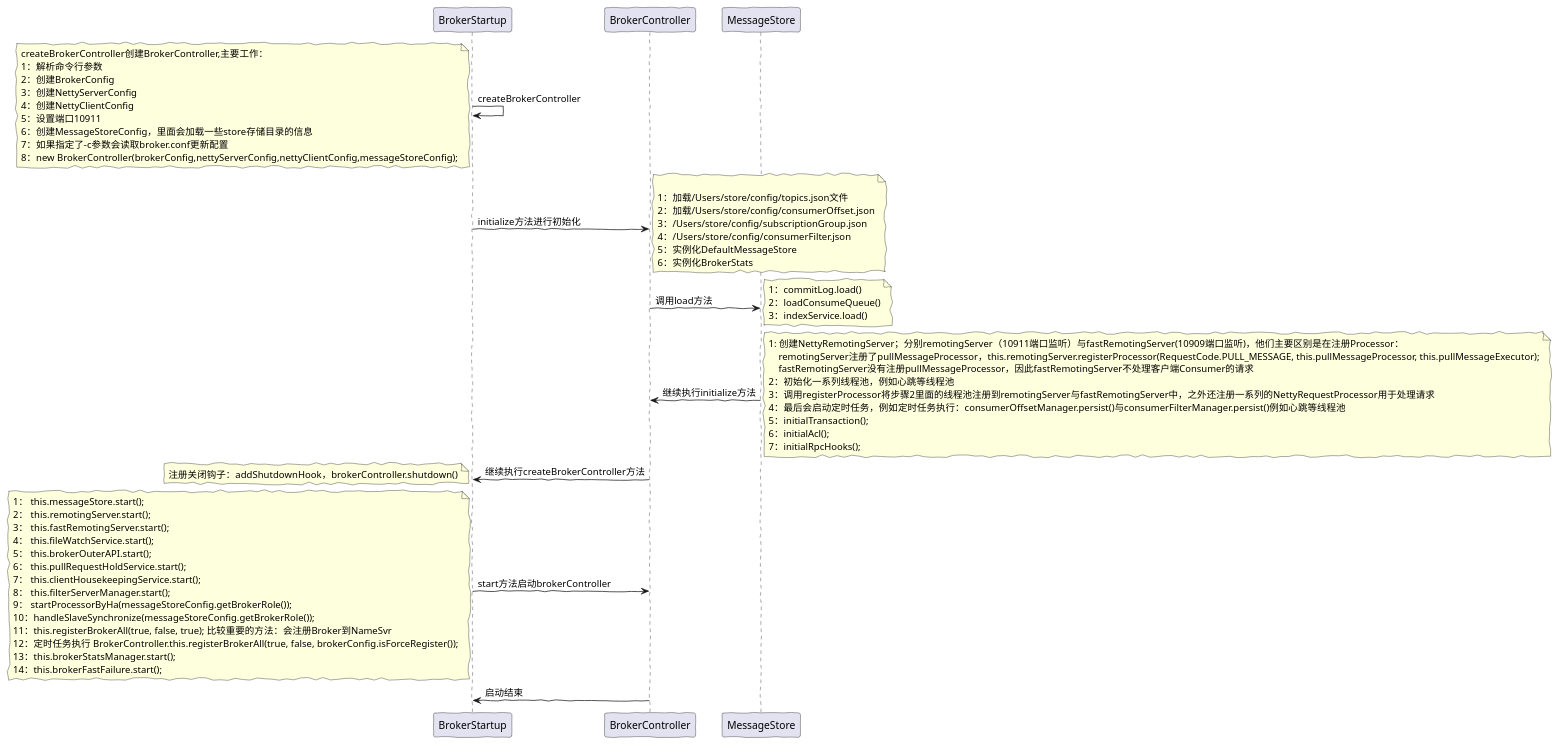
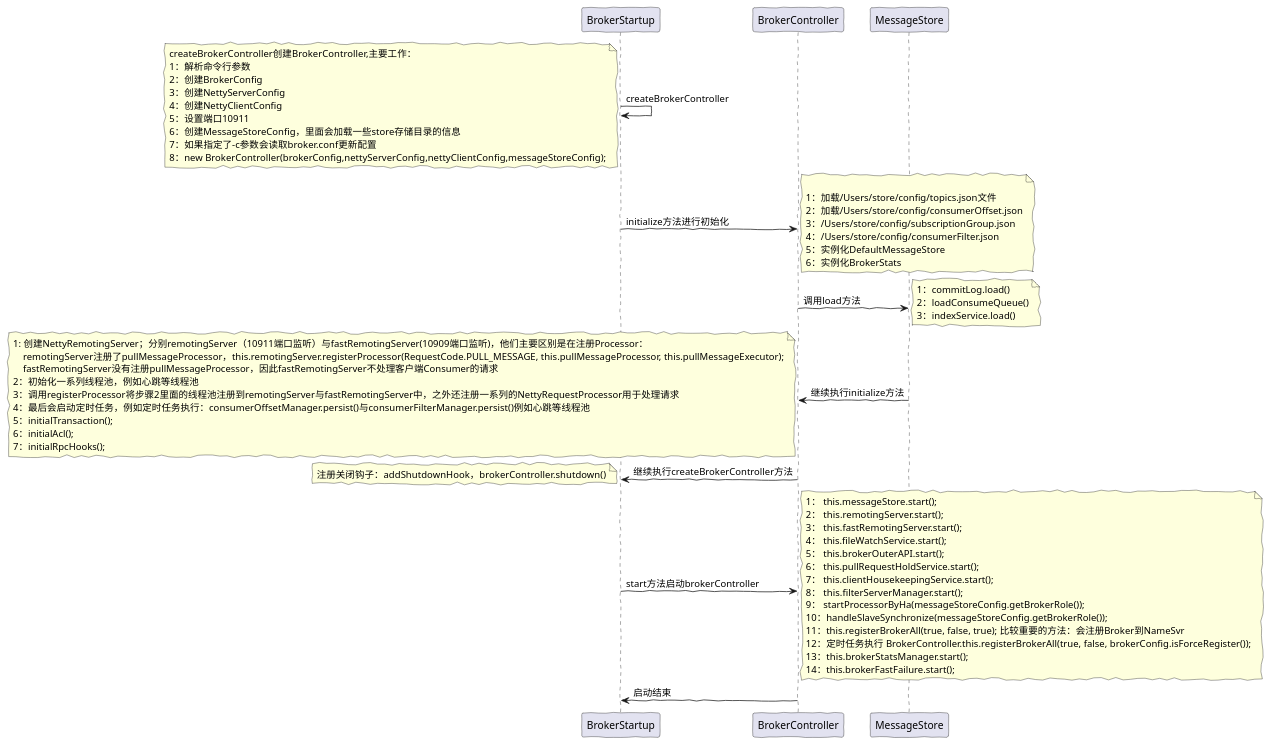
Before and after one commit to javartisan/rocketmq: the diagram in broker/uml/broker.puml, drawn with PlantUML. The commit also changed 2 other files, not shown here.

```diff
--- a/broker/uml/broker.puml
+++ b/broker/uml/broker.puml
@@ -1,74 +1,74 @@
 @startuml
 'https://plantuml.com/sequence-diagram
 
 skinparam handwritten true
 
 BrokerStartup -> BrokerStartup : createBrokerController
 note left
 createBrokerController创建BrokerController,主要工作：
 1：解析命令行参数
 2：创建BrokerConfig
 3：创建NettyServerConfig
 4：创建NettyClientConfig
 5：设置端口10911
 6：创建MessageStoreConfig，里面会加载一些store存储目录的信息
 7：如果指定了-c参数会读取broker.conf更新配置
 8：new BrokerController(brokerConfig,nettyServerConfig,nettyClientConfig,messageStoreConfig);
 end note
 BrokerStartup -> BrokerController :initialize方法进行初始化
 note right
 
 1：加载/Users/store/config/topics.json文件
 2：加载/Users/store/config/consumerOffset.json
 3：/Users/store/config/subscriptionGroup.json
 4：/Users/store/config/consumerFilter.json
 5：实例化DefaultMessageStore
 6：实例化BrokerStats
 end note
 
 BrokerController -> MessageStore : 调用load方法
 note right
 1：commitLog.load()
 2：loadConsumeQueue()
 3：indexService.load()
 end note
 
 MessageStore -> BrokerController :继续执行initialize方法
-note  right
+note  left
 1: 创建NettyRemotingServer；分别remotingServer（10911端口监听）与fastRemotingServer(10909端口监听)，他们主要区别是在注册Processor：
     remotingServer注册了pullMessageProcessor，this.remotingServer.registerProcessor(RequestCode.PULL_MESSAGE, this.pullMessageProcessor, this.pullMessageExecutor);
     fastRemotingServer没有注册pullMessageProcessor，因此fastRemotingServer不处理客户端Consumer的请求
 2：初始化一系列线程池，例如心跳等线程池
 3：调用registerProcessor将步骤2里面的线程池注册到remotingServer与fastRemotingServer中，之外还注册一系列的NettyRequestProcessor用于处理请求
 4：最后会启动定时任务，例如定时任务执行：consumerOffsetManager.persist()与consumerFilterManager.persist()例如心跳等线程池
 5：initialTransaction();
 6：initialAcl();
 7：initialRpcHooks();
 end note
 
 BrokerController -> BrokerStartup: 继续执行createBrokerController方法
 note left
 注册关闭钩子：addShutdownHook，brokerController.shutdown()
 end note
 
 
 BrokerStartup -> BrokerController : start方法启动brokerController
-note left
+note right
 1： this.messageStore.start();
 2： this.remotingServer.start();
 3： this.fastRemotingServer.start();
 4： this.fileWatchService.start();
 5： this.brokerOuterAPI.start();
 6： this.pullRequestHoldService.start();
 7： this.clientHousekeepingService.start();
 8： this.filterServerManager.start();
 9： startProcessorByHa(messageStoreConfig.getBrokerRole());
 10：handleSlaveSynchronize(messageStoreConfig.getBrokerRole());
 11：this.registerBrokerAll(true, false, true); 比较重要的方法：会注册Broker到NameSvr
 12：定时任务执行 BrokerController.this.registerBrokerAll(true, false, brokerConfig.isForceRegister());
 13：this.brokerStatsManager.start();
 14：this.brokerFastFailure.start();
 end note
 
 BrokerController -> BrokerStartup: 启动结束
 @enduml
```
